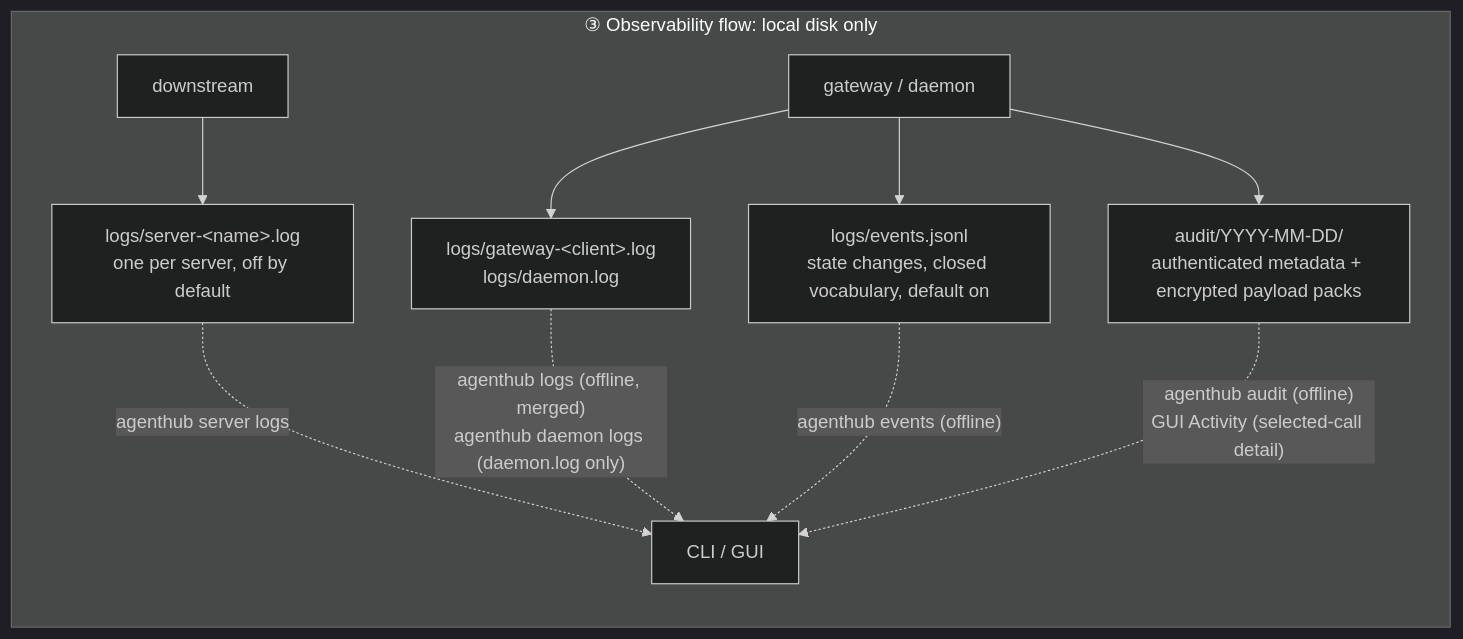
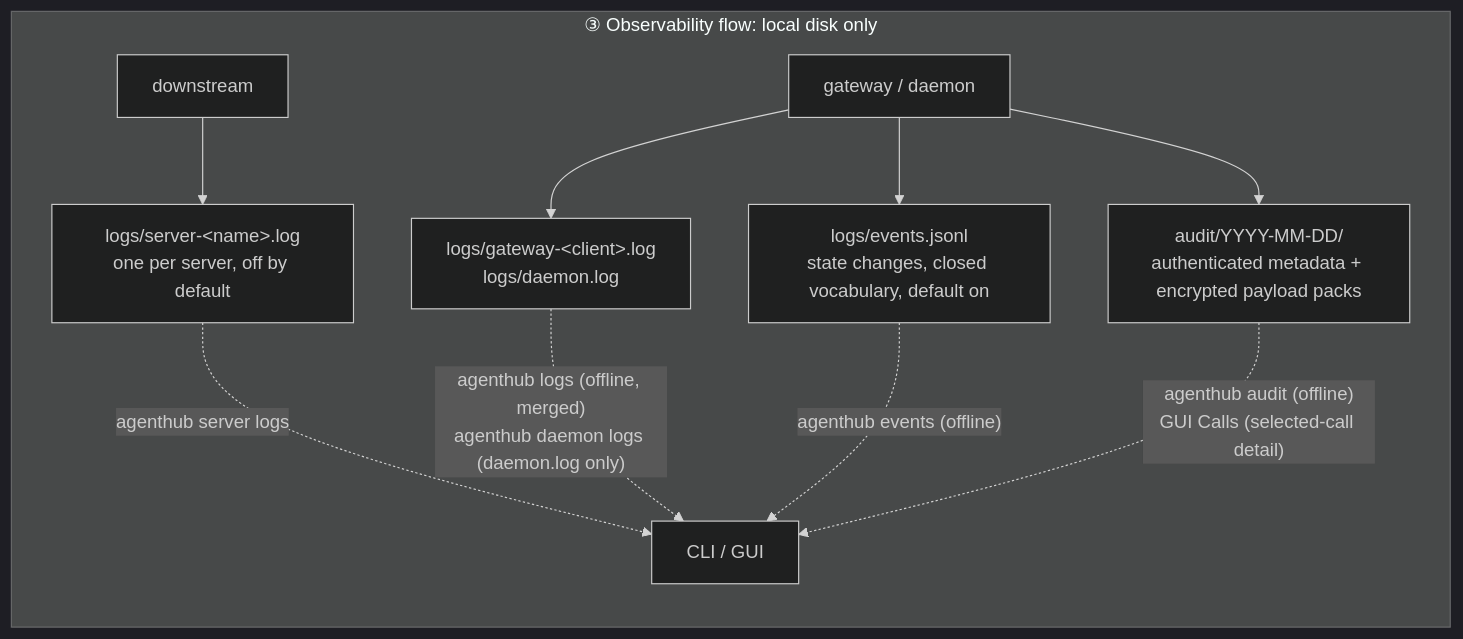
Before and after one commit to dinstein/agent-hub: the sixth of 8 diagrams in docs/architecture.md, drawn with Mermaid (dark theme). The commit also changed 2 other files, not shown here.

Commit message:
docs(guide): tell readers the two log readers exist
The guide documented `audit` and `server trace` and never mentioned `events`
or `logs`, so the two commands that answer "why did this server drop" were
reachable only from --help. Both guides gain one section, placed before the
wire-trace section because it is the cheaper question and the one to ask
first.

It leads with the three-way split, which is the part that costs an hour when
it is got wrong: events is what HAPPENED in a closed vocabulary, logs is what
the processes SAID as prose, audit is what a client CALLED. It also states
the two defaults side by side and why they differ — events on because it
records only that a state changed, the ledger off because it records
arguments and results.

architecture.md's diagram still named the GUI page Activity, which is now
Calls.

````diff
--- a/docs/architecture.md
+++ b/docs/architecture.md
@@ -296,13 +296,13 @@
 ```mermaid
 flowchart LR
     subgraph obs["③ Observability flow: local disk only"]
         DSX["downstream"] --> A4["logs/server-&lt;name&gt;.log<br/>one per server, off by default"]
         GW["gateway / daemon"] --> A5["logs/gateway-&lt;client&gt;.log<br/>logs/daemon.log"]
         GW --> A7["logs/events.jsonl<br/>state changes, closed vocabulary, default on"]
         GW --> A6["audit/YYYY-MM-DD/<br/>authenticated metadata + encrypted payload packs"]
         A4 -.->|"agenthub server logs"| F["CLI / GUI"]
         A5 -.->|"agenthub logs (offline, merged)<br/>agenthub daemon logs (daemon.log only)"| F
         A7 -.->|"agenthub events (offline)"| F
-        A6 -.->|"agenthub audit (offline)<br/>GUI Activity (selected-call detail)"| F
+        A6 -.->|"agenthub audit (offline)<br/>GUI Calls (selected-call detail)"| F
     end
 ```
````
